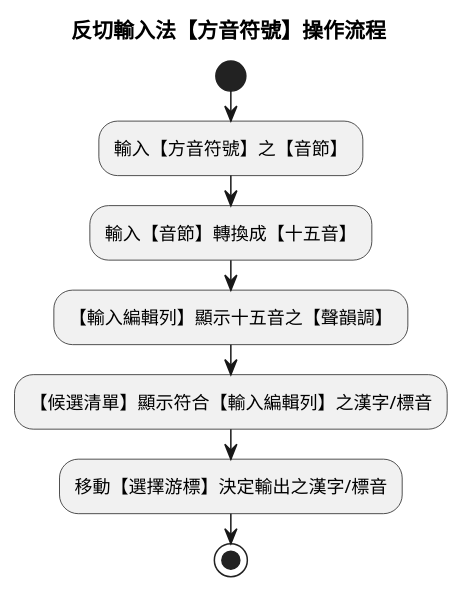
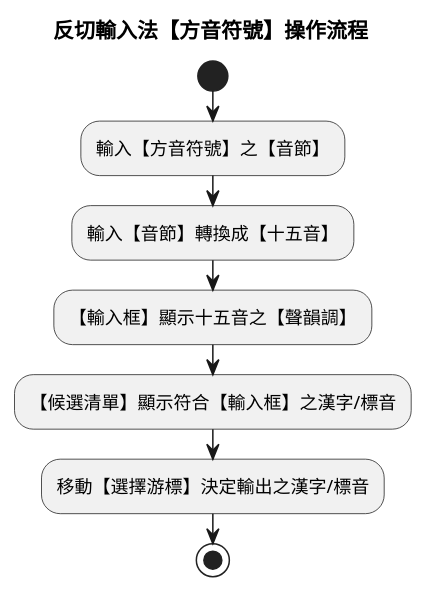
Before and after one commit to AlanJui/rime-tlpa: the tenth of 12 diagrams in docs/320_反切輸入法【方音符號】設計規格.md, drawn with PlantUML. The commit also changed other lines of this file and 16 other files, not shown here.

`````diff
--- a/docs/320_反切輸入法【方音符號】設計規格.md
+++ b/docs/320_反切輸入法【方音符號】設計規格.md
@@ -782,16 +780,16 @@
 ```plantuml
 @startuml
 skinparam shadowing false
 
 title 反切輸入法【方音符號】操作流程
 
 start
 :輸入【方音符號】之【音節】;
 :輸入【音節】轉換成【十五音】;
-:【輸入編輯列】顯示十五音之【聲韻調】;
-:【候選清單】顯示符合【輸入編輯列】之漢字/標音;
+:【輸入框】顯示十五音之【聲韻調】;
+:【候選清單】顯示符合【輸入框】之漢字/標音;
 :移動【選擇游標】決定輸出之漢字/標音;
 stop
 
 @enduml
 ````
`````
